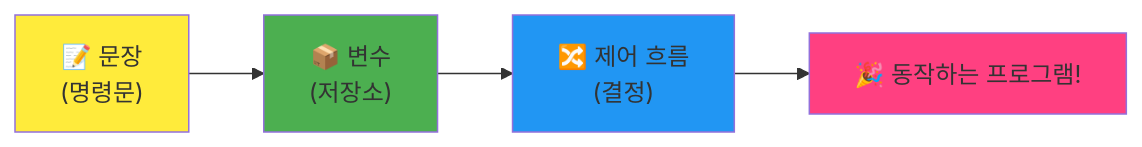
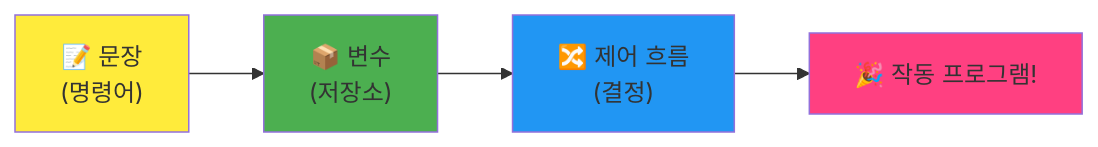
Before and after one commit to microsoft/Web-Dev-For-Beginners: the fourth of 7 diagrams in translations/ko/1-getting-started-lessons/1-intro-to-programming-languages/README.md, drawn with Mermaid. The commit also changed other lines of this file and 11 other files, not shown here.

````diff
--- a/translations/ko/1-getting-started-lessons/1-intro-to-programming-languages/README.md
+++ b/translations/ko/1-getting-started-lessons/1-intro-to-programming-languages/README.md
@@ -468,9 +466,9 @@
 ```mermaid
 flowchart LR
-    A["📝 문장<br/>(명령문)"] --> B["📦 변수<br/>(저장소)"] --> C["🔀 제어 흐름<br/>(결정)"] --> D["🎉 동작하는 프로그램!"]
+    A["📝 문장<br/>(명령어)"] --> B["📦 변수<br/>(저장소)"] --> C["🔀 제어 흐름<br/>(결정)"] --> D["🎉 작동 프로그램!"]
     
     style A fill:#ffeb3b
     style B fill:#4caf50
     style C fill:#2196f3
     style D fill:#ff4081
 ```  
````
